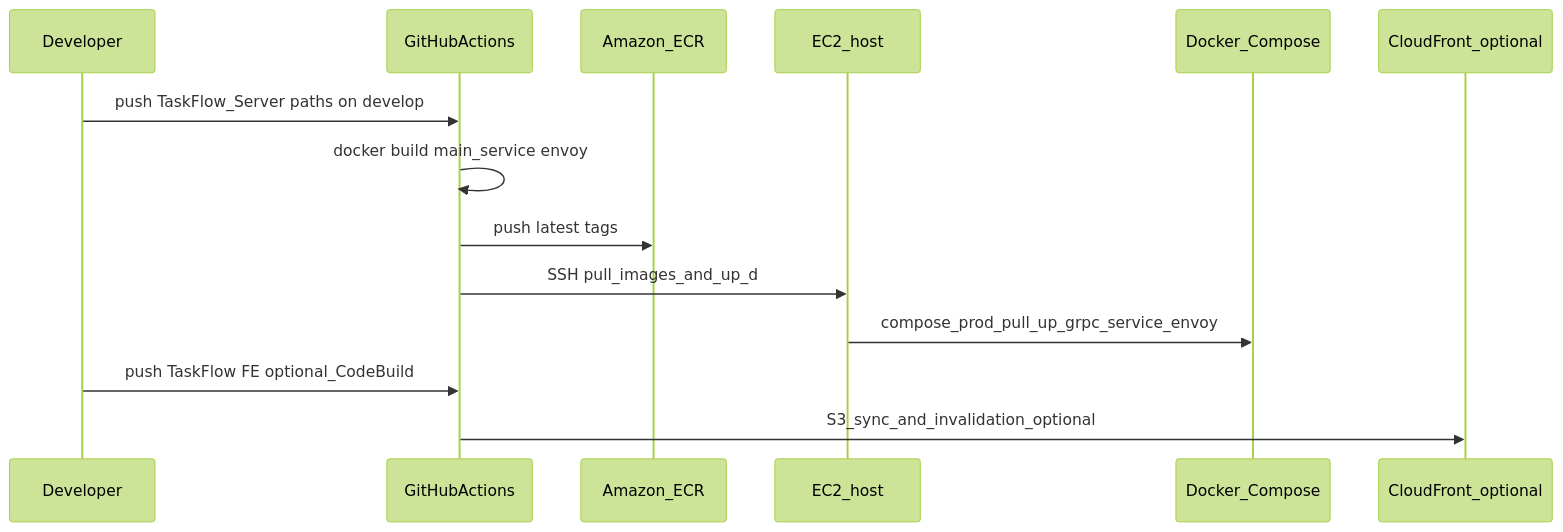
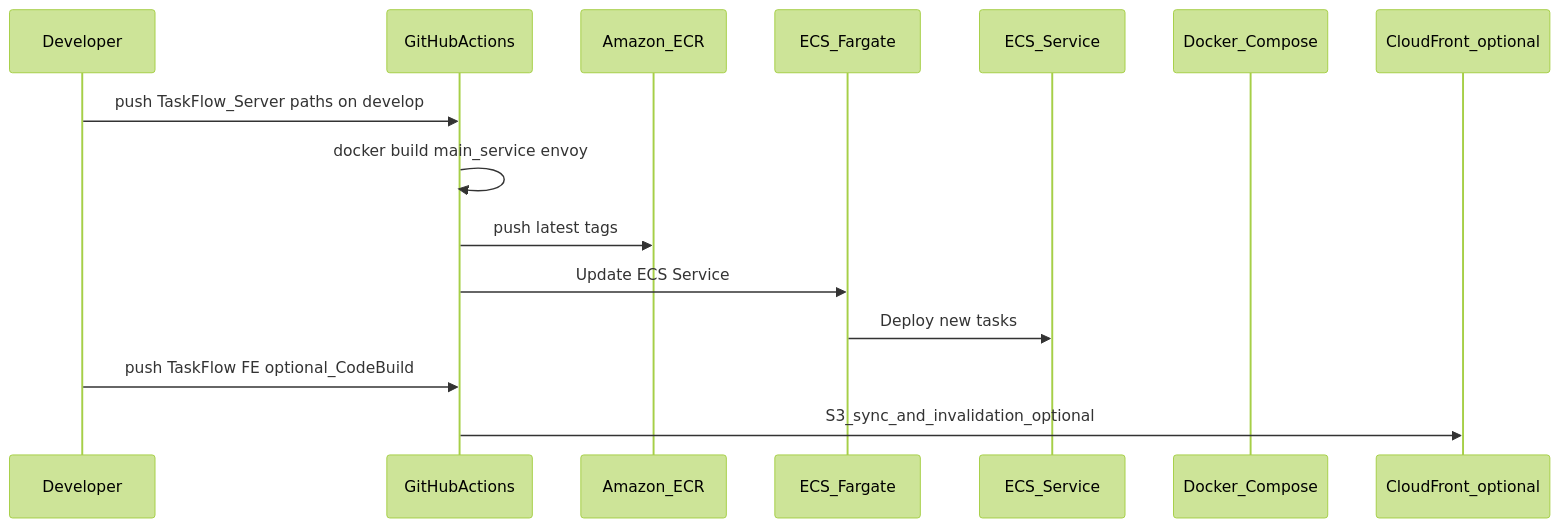
The third of 3 diagrams in README.md (thangshelby/TaskFlow-Server), drawn with Mermaid (forest theme) before and after one commit. The commit also changed other lines of this file, not shown here.

````diff
--- a/README.md
+++ b/README.md
@@ -244,19 +223,20 @@
 ```mermaid
 sequenceDiagram
   participant Dev as Developer
   participant GH as GitHubActions
   participant ECR as Amazon_ECR
-  participant EC2 as EC2_host
+  participant ECS as ECS_Fargate
+  participant Svc as ECS_Service
   participant Cmp as Docker_Compose
   participant CF as CloudFront_optional
 
   Dev->>GH: push TaskFlow_Server paths on develop
   GH->>GH: docker build main_service envoy
   GH->>ECR: push latest tags
-  GH->>EC2: SSH pull_images_and_up_d
+  GH->>ECS: Update ECS Service
 
-  EC2->>Cmp: compose_prod_pull_up_grpc_service_envoy
+  ECS->>Svc: Deploy new tasks
 
   Dev->>GH: push TaskFlow FE optional_CodeBuild
   GH->>CF: S3_sync_and_invalidation_optional
 ```
````
